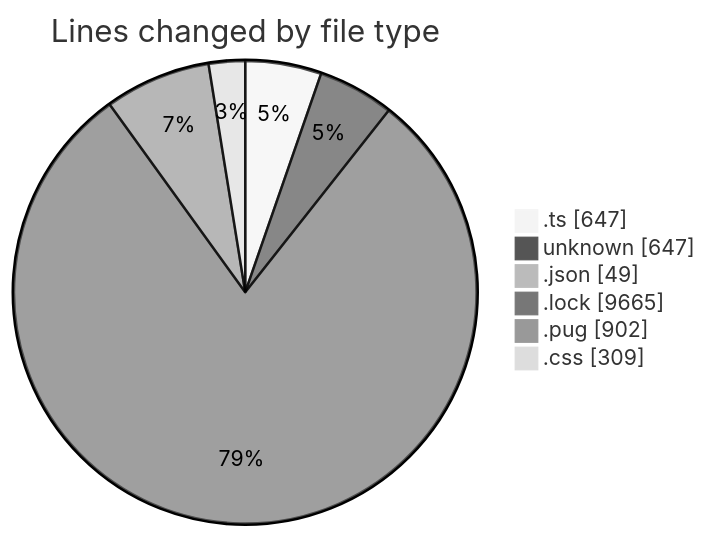
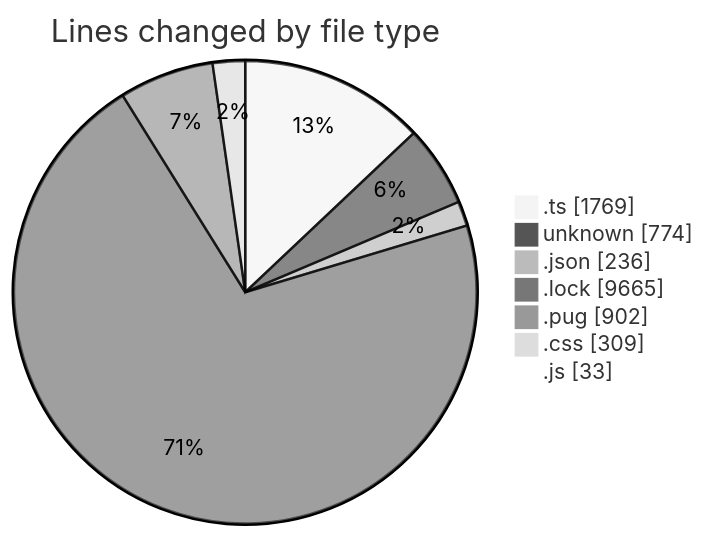
One commit to momahboobian/code-tracking changed the first of 2 diagrams in 2026-05-22/cda/README.md. Above: the diagram before and after it, drawn with Mermaid (neutral theme). The commit also changed other lines of this file and 1 other file, not shown here.

````diff
--- a/2026-05-22/cda/README.md
+++ b/2026-05-22/cda/README.md
@@ -35,10 +39,11 @@
 ```mermaid
 pie showData
 title Lines changed by file type
-".ts" : 647
-"unknown" : 647
-".json" : 49
+".ts" : 1769
+"unknown" : 774
+".json" : 236
 ".lock" : 9665
 ".pug" : 902
 ".css" : 309
+".js" : 33
 ```
````
